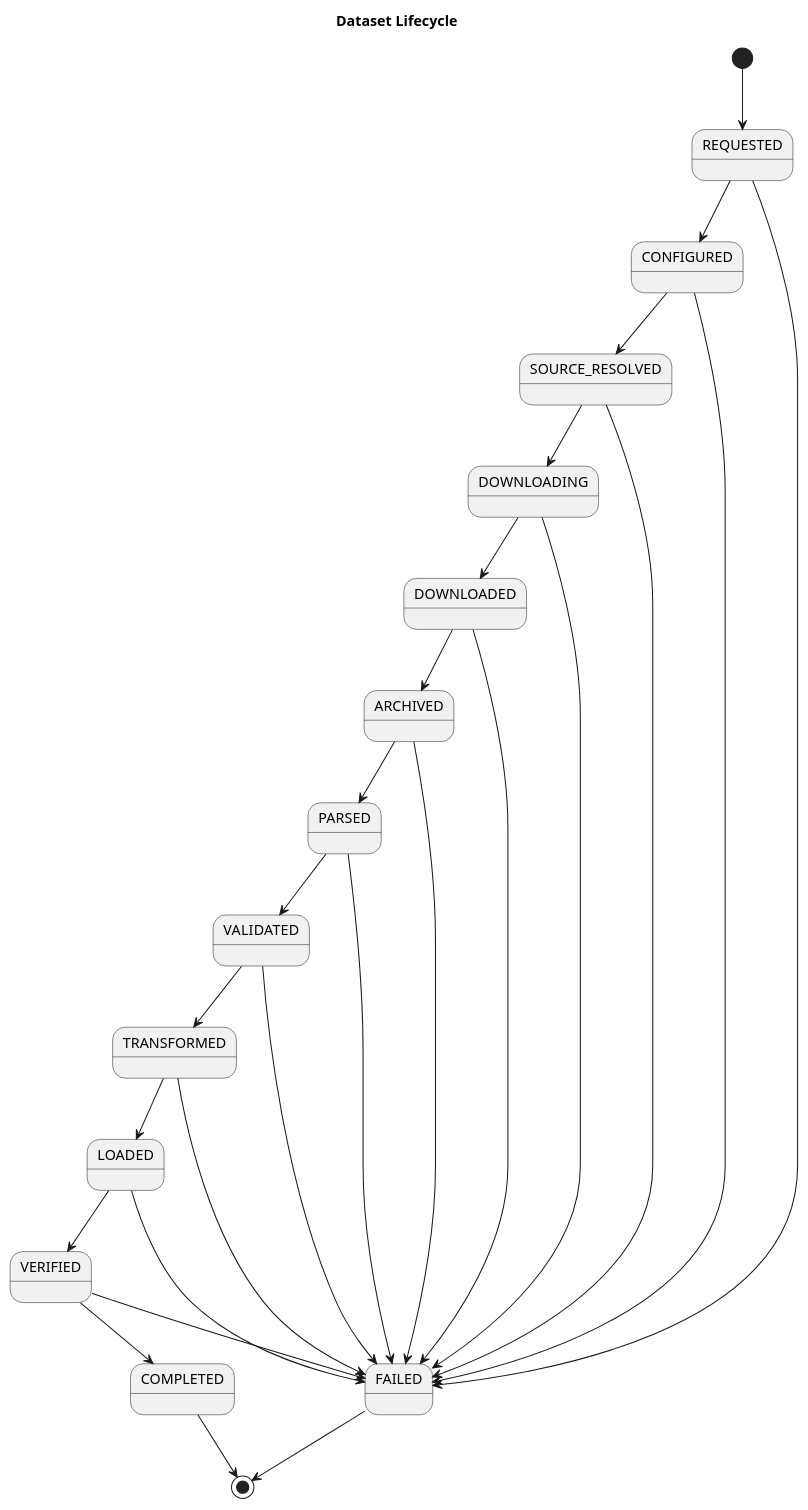
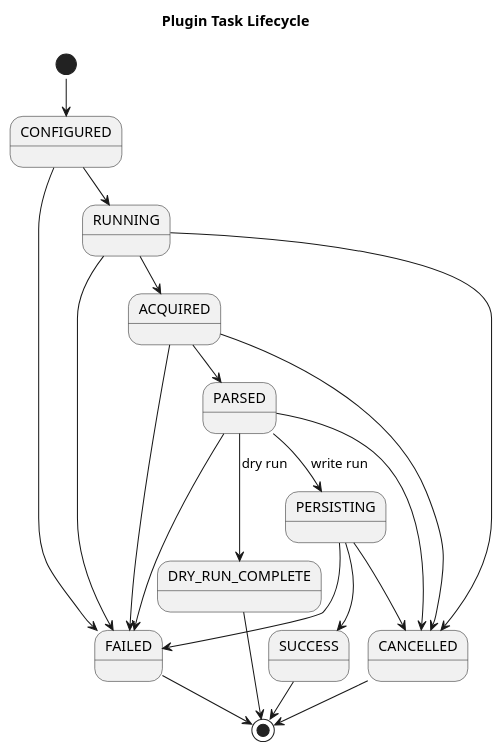
One commit to TerryCurranZellis/OpenData changed the diagram in docs/diagrams/source/dataset-lifecycle.puml. Above: the diagram before and after it, drawn with PlantUML. The commit also changed 292 other files, not shown here.

```diff
--- a/docs/diagrams/source/dataset-lifecycle.puml
+++ b/docs/diagrams/source/dataset-lifecycle.puml
@@ -1,28 +1,24 @@
 @startuml
-title Dataset Lifecycle
-[*] --> REQUESTED
-REQUESTED --> CONFIGURED
-CONFIGURED --> SOURCE_RESOLVED
-SOURCE_RESOLVED --> DOWNLOADING
-DOWNLOADING --> DOWNLOADED
-DOWNLOADED --> ARCHIVED
-ARCHIVED --> PARSED
-PARSED --> VALIDATED
-VALIDATED --> TRANSFORMED
-TRANSFORMED --> LOADED
-LOADED --> VERIFIED
-VERIFIED --> COMPLETED
-REQUESTED --> FAILED
+!pragma layout smetana
+title Plugin Task Lifecycle
+[*] --> CONFIGURED
+CONFIGURED --> RUNNING
+RUNNING --> ACQUIRED
+ACQUIRED --> PARSED
+PARSED --> DRY_RUN_COMPLETE : dry run
+PARSED --> PERSISTING : write run
+PERSISTING --> SUCCESS
 CONFIGURED --> FAILED
-SOURCE_RESOLVED --> FAILED
-DOWNLOADING --> FAILED
-DOWNLOADED --> FAILED
-ARCHIVED --> FAILED
+RUNNING --> FAILED
+ACQUIRED --> FAILED
 PARSED --> FAILED
-VALIDATED --> FAILED
-TRANSFORMED --> FAILED
-LOADED --> FAILED
-VERIFIED --> FAILED
-COMPLETED --> [*]
+PERSISTING --> FAILED
+RUNNING --> CANCELLED
+ACQUIRED --> CANCELLED
+PARSED --> CANCELLED
+PERSISTING --> CANCELLED
+DRY_RUN_COMPLETE --> [*]
+SUCCESS --> [*]
 FAILED --> [*]
+CANCELLED --> [*]
 @enduml
```
